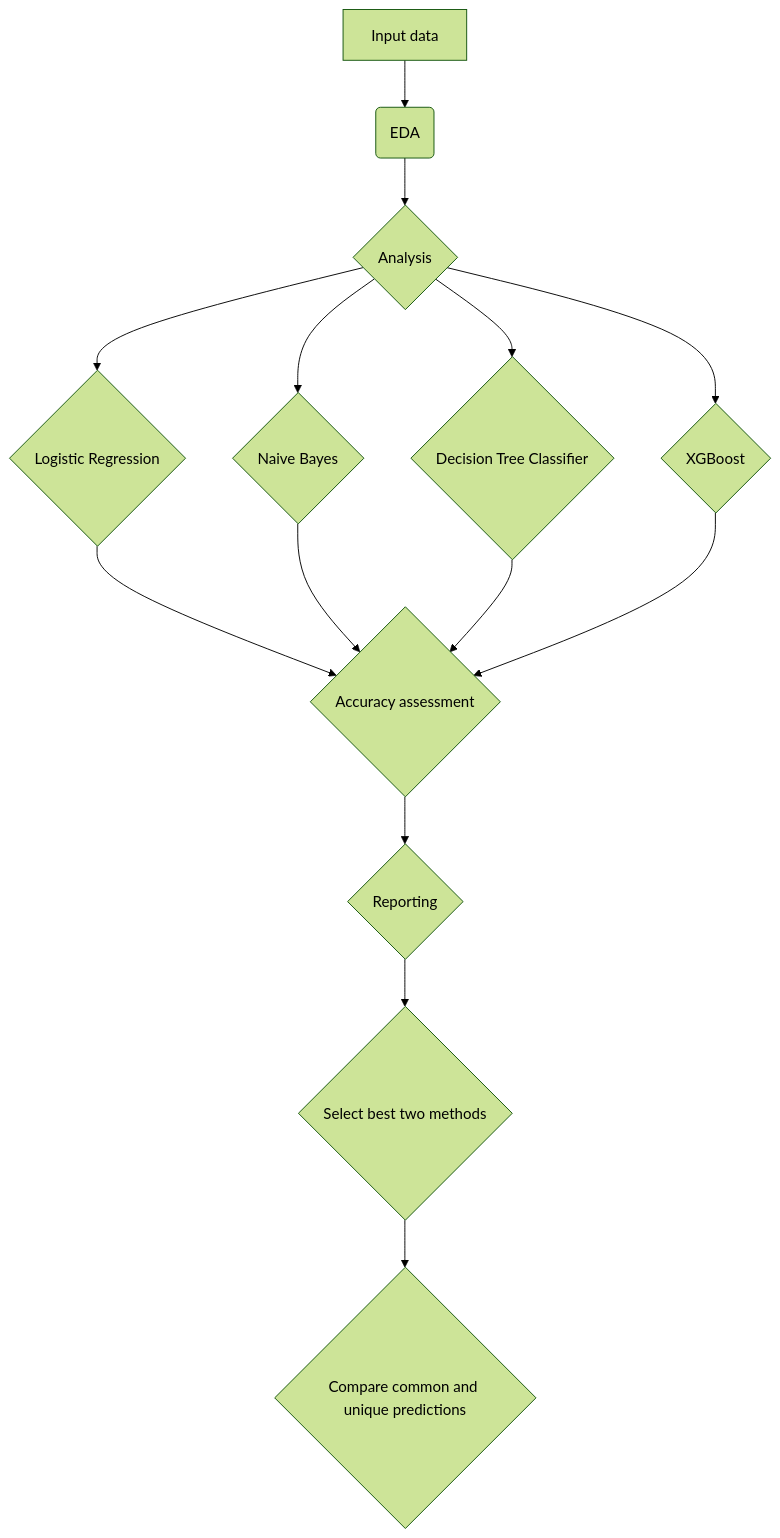
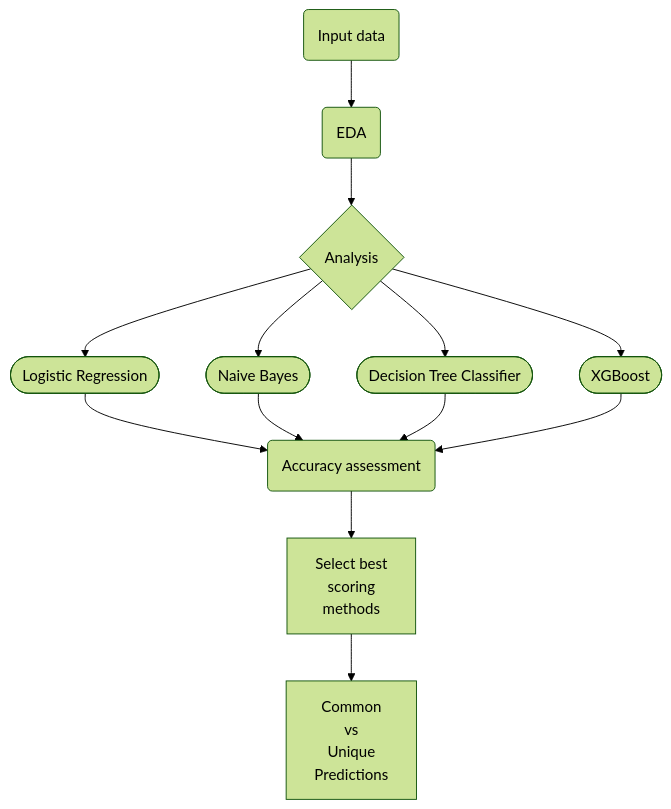
Before and after one commit to evoclock/kaggle_projects: the diagram in Credit_Risk_Classification/scripts/credit_risk_analysis_ml_models_report.qmd, drawn with Mermaid (forest theme). The commit also changed 4 other files, not shown here.

````diff
--- a/Credit_Risk_Classification/scripts/credit_risk_analysis_ml_models_report.qmd
+++ b/Credit_Risk_Classification/scripts/credit_risk_analysis_ml_models_report.qmd
@@ -61,16 +61,21 @@
 ```{mermaid}
+%%| fig-height: 7
 flowchart TD
-  A[Input data] --> B(EDA)
+  A(Input data) --> B(EDA)
   B --> C{Analysis}
-  C --> D{Logistic Regression}
-  C --> E{Naive Bayes}
-  C --> F{Decision Tree Classifier}
-  C --> G{XGBoost}
-  D --> H{Accuracy assessment}
-  E --> H{Accuracy assessment}
-  F --> H{Accuracy assessment}
-  G --> H{Accuracy assessment}
-  H --> I{Reporting}
-  I --> J{Select best two methods}
-  J --> K{Compare common and unique predictions}
+  C --> D([Logistic Regression])
+  C --> E([Naive Bayes])
+  C --> F([Decision Tree Classifier])
+  C --> G([XGBoost])
+  D --> H(Accuracy assessment)
+  E --> H(Accuracy assessment)
+  F --> H(Accuracy assessment)
+  G --> H(Accuracy assessment)
+  H --> I["Select best 
+        scoring
+        methods"]
+  I --> J["Common
+    vs
+    Unique 
+    Predictions"]
 ```
````
